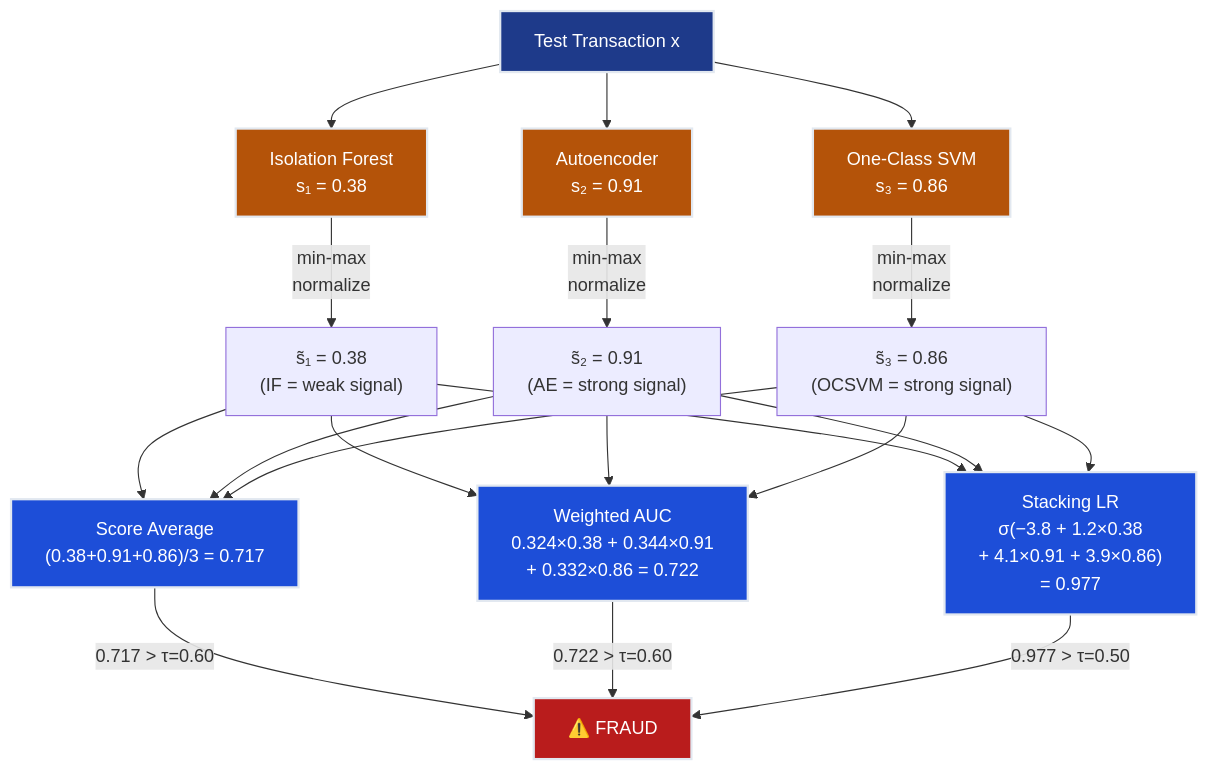
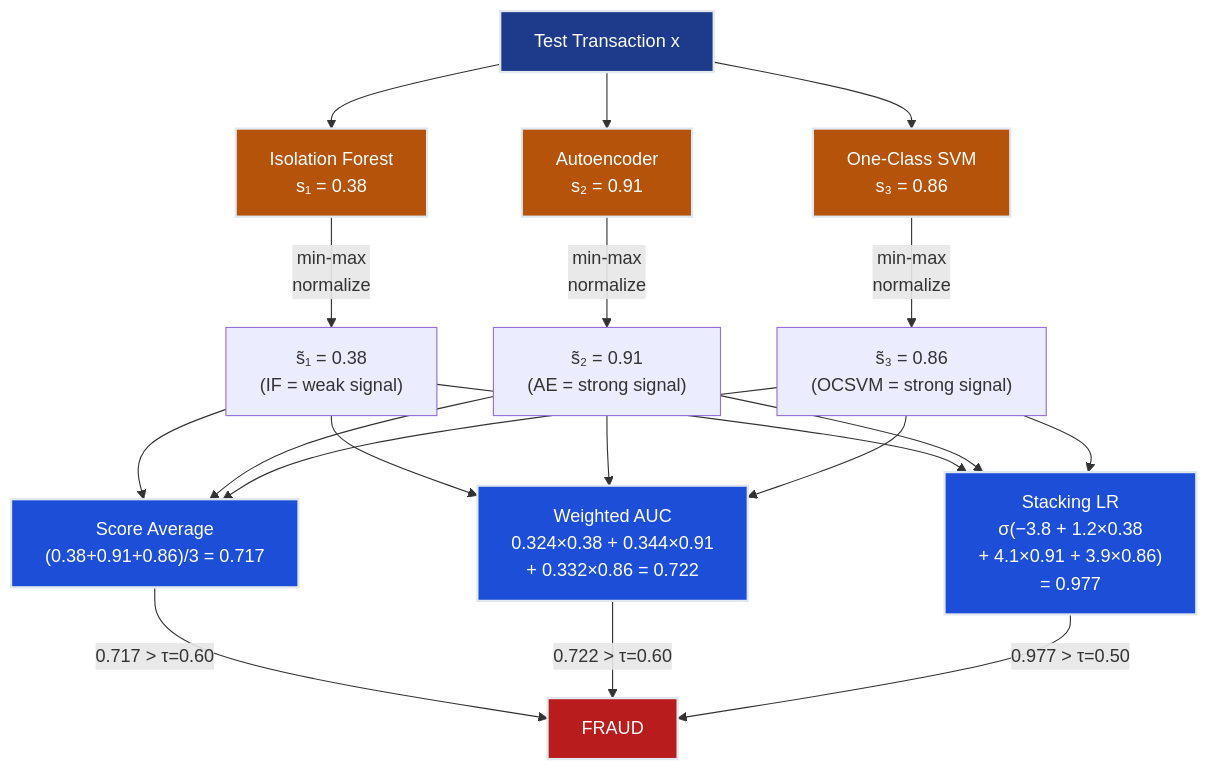
The second of 4 diagrams in notes/01-ml/05-anomaly-detection/ch05_ensemble_anomaly/README.md (dsgouda7/ai-portfolio), drawn with Mermaid before and after one commit. The commit also changed other lines of this file and 179 other files, not shown here.

````diff
--- a/notes/01-ml/05-anomaly-detection/ch05_ensemble_anomaly/README.md
+++ b/notes/01-ml/05-anomaly-detection/ch05_ensemble_anomaly/README.md
@@ -486,35 +486,35 @@
 ```mermaid
 flowchart TD
-    TX["Test Transaction x"] --> D1["Isolation Forest\ns₁ = 0.38"]
-    TX --> D2["Autoencoder\ns₂ = 0.91"]
-    TX --> D3["One-Class SVM\ns₃ = 0.86"]
+ TX["Test Transaction x"] --> D1["Isolation Forest\ns₁ = 0.38"]
+ TX --> D2["Autoencoder\ns₂ = 0.91"]
+ TX --> D3["One-Class SVM\ns₃ = 0.86"]
 
-    D1 -->|"min-max\nnormalize"| N1["s̃₁ = 0.38\n(IF = weak signal)"]
-    D2 -->|"min-max\nnormalize"| N2["s̃₂ = 0.91\n(AE = strong signal)"]
-    D3 -->|"min-max\nnormalize"| N3["s̃₃ = 0.86\n(OCSVM = strong signal)"]
+ D1 -->|"min-max\nnormalize"| N1["s̃₁ = 0.38\n(IF = weak signal)"]
+ D2 -->|"min-max\nnormalize"| N2["s̃₂ = 0.91\n(AE = strong signal)"]
+ D3 -->|"min-max\nnormalize"| N3["s̃₃ = 0.86\n(OCSVM = strong signal)"]
 
-    N1 --> AVG["Score Average\n(0.38+0.91+0.86)/3 = 0.717"]
-    N2 --> AVG
-    N3 --> AVG
+ N1 --> AVG["Score Average\n(0.38+0.91+0.86)/3 = 0.717"]
+ N2 --> AVG
+ N3 --> AVG
 
-    N1 --> WGT["Weighted AUC\n0.324×0.38 + 0.344×0.91\n+ 0.332×0.86 = 0.722"]
-    N2 --> WGT
-    N3 --> WGT
+ N1 --> WGT["Weighted AUC\n0.324×0.38 + 0.344×0.91\n+ 0.332×0.86 = 0.722"]
+ N2 --> WGT
+ N3 --> WGT
 
-    N1 --> STK["Stacking LR\nσ(−3.8 + 1.2×0.38\n+ 4.1×0.91 + 3.9×0.86)\n= 0.977"]
-    N2 --> STK
-    N3 --> STK
+ N1 --> STK["Stacking LR\nσ(−3.8 + 1.2×0.38\n+ 4.1×0.91 + 3.9×0.86)\n= 0.977"]
+ N2 --> STK
+ N3 --> STK
 
-    AVG -->|"0.717 > τ=0.60"| FRAUD["⚠️ FRAUD"]
-    WGT -->|"0.722 > τ=0.60"| FRAUD
-    STK -->|"0.977 > τ=0.50"| FRAUD
+ AVG -->|"0.717 > τ=0.60"| FRAUD[" FRAUD"]
+ WGT -->|"0.722 > τ=0.60"| FRAUD
+ STK -->|"0.977 > τ=0.50"| FRAUD
 
-    style TX fill:#1e3a8a,stroke:#e2e8f0,stroke-width:2px,color:#ffffff
-    style D1 fill:#b45309,stroke:#e2e8f0,stroke-width:2px,color:#ffffff
-    style D2 fill:#b45309,stroke:#e2e8f0,stroke-width:2px,color:#ffffff
-    style D3 fill:#b45309,stroke:#e2e8f0,stroke-width:2px,color:#ffffff
-    style FRAUD fill:#b91c1c,stroke:#e2e8f0,stroke-width:2px,color:#ffffff
-    style AVG fill:#1d4ed8,stroke:#e2e8f0,stroke-width:2px,color:#ffffff
-    style WGT fill:#1d4ed8,stroke:#e2e8f0,stroke-width:2px,color:#ffffff
-    style STK fill:#1d4ed8,stroke:#e2e8f0,stroke-width:2px,color:#ffffff
+ style TX fill:#1e3a8a,stroke:#e2e8f0,stroke-width:2px,color:#ffffff
+ style D1 fill:#b45309,stroke:#e2e8f0,stroke-width:2px,color:#ffffff
+ style D2 fill:#b45309,stroke:#e2e8f0,stroke-width:2px,color:#ffffff
+ style D3 fill:#b45309,stroke:#e2e8f0,stroke-width:2px,color:#ffffff
+ style FRAUD fill:#b91c1c,stroke:#e2e8f0,stroke-width:2px,color:#ffffff
+ style AVG fill:#1d4ed8,stroke:#e2e8f0,stroke-width:2px,color:#ffffff
+ style WGT fill:#1d4ed8,stroke:#e2e8f0,stroke-width:2px,color:#ffffff
+ style STK fill:#1d4ed8,stroke:#e2e8f0,stroke-width:2px,color:#ffffff
 ```
````
